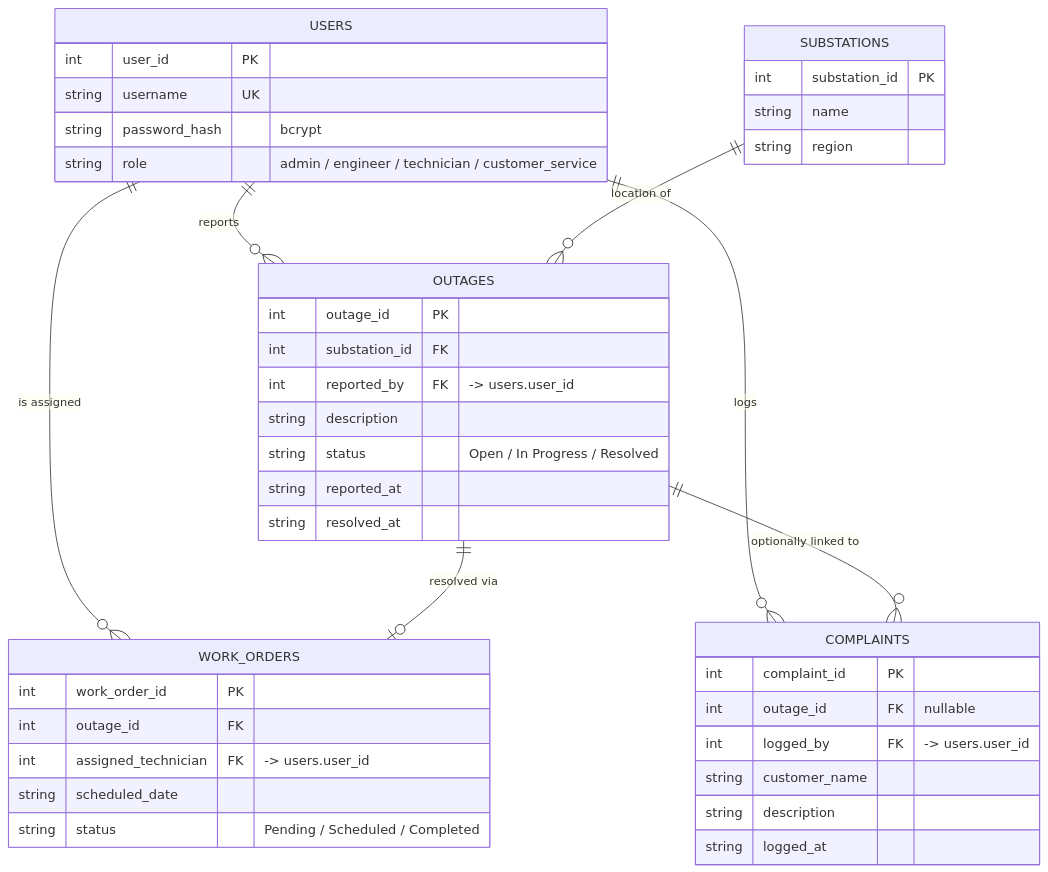
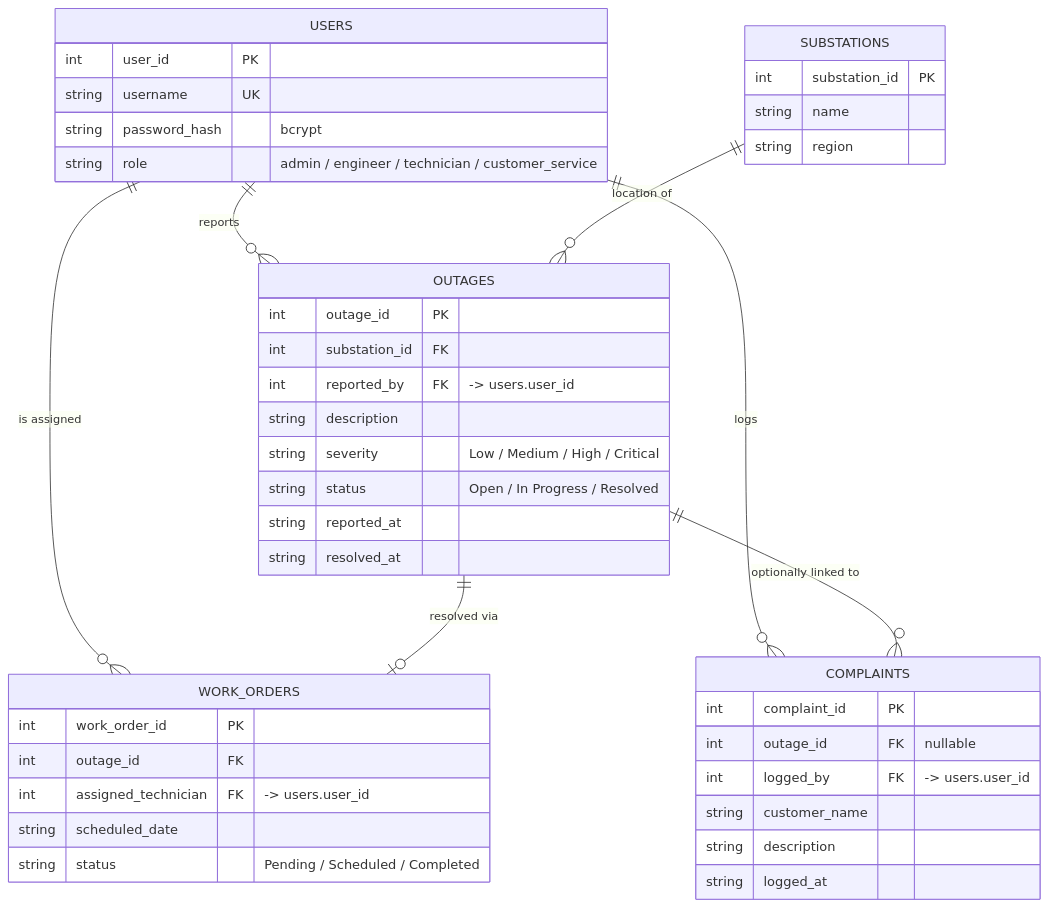
One commit to josiahaggrey/Group2-CS-project changed the diagram in gridcare-lite/docs/er_diagram.md. Above: the diagram before and after it, drawn with Mermaid. The commit also changed other lines of this file and 13 other files, not shown here.

````diff
--- a/gridcare-lite/docs/er_diagram.md
+++ b/gridcare-lite/docs/er_diagram.md
@@ -5,49 +5,50 @@
 ```mermaid
 erDiagram
     USERS ||--o{ OUTAGES : reports
     USERS ||--o{ WORK_ORDERS : "is assigned"
     USERS ||--o{ COMPLAINTS : logs
     SUBSTATIONS ||--o{ OUTAGES : "location of"
     OUTAGES ||--o| WORK_ORDERS : "resolved via"
     OUTAGES ||--o{ COMPLAINTS : "optionally linked to"
 
     USERS {
         int user_id PK
         string username UK
         string password_hash "bcrypt"
         string role "admin / engineer / technician / customer_service"
     }
 
     SUBSTATIONS {
         int substation_id PK
         string name
         string region
     }
 
     OUTAGES {
         int outage_id PK
         int substation_id FK
         int reported_by FK "-> users.user_id"
         string description
+        string severity "Low / Medium / High / Critical"
         string status "Open / In Progress / Resolved"
         string reported_at
         string resolved_at
     }
 
     WORK_ORDERS {
         int work_order_id PK
         int outage_id FK
         int assigned_technician FK "-> users.user_id"
         string scheduled_date
         string status "Pending / Scheduled / Completed"
     }
 
     COMPLAINTS {
         int complaint_id PK
         int outage_id FK "nullable"
         int logged_by FK "-> users.user_id"
         string customer_name
         string description
         string logged_at
     }
 ```
````
